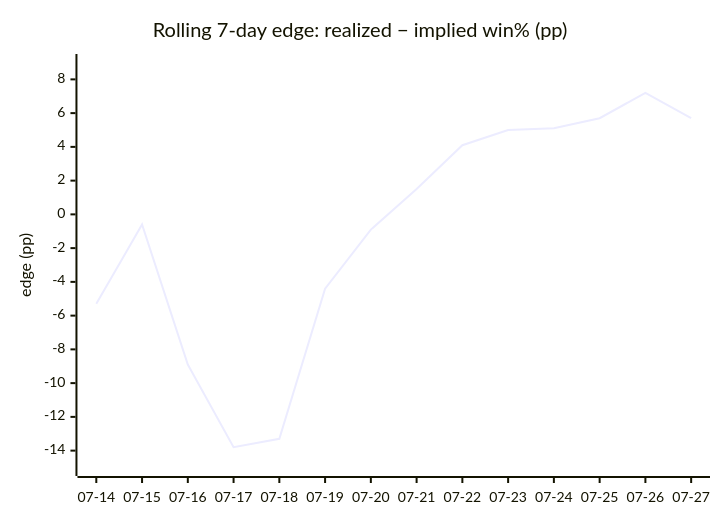
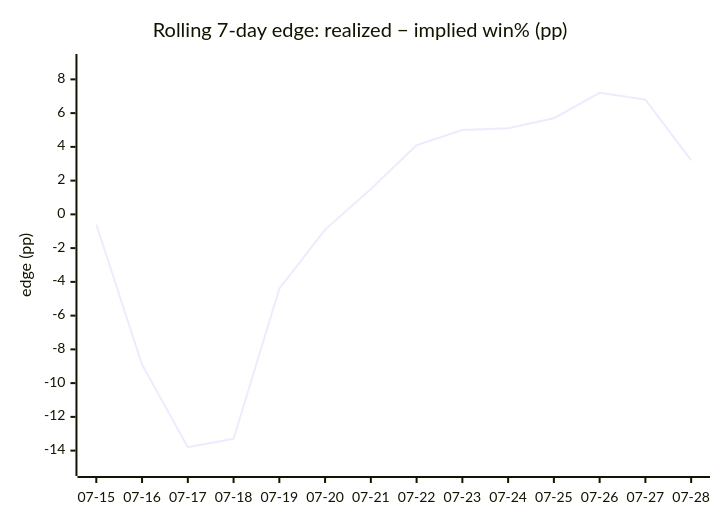
One commit to dpk1212/nhl-savant changed the fourth of 4 diagrams in DAILY_AGSU_REPORT.md. Above: the diagram before and after it, drawn with Mermaid. The commit also changed other lines of this file, not shown here.

````diff
--- a/DAILY_AGSU_REPORT.md
+++ b/DAILY_AGSU_REPORT.md
@@ -723,7 +726,7 @@
 ```mermaid
 xychart-beta
     title "Rolling 7-day edge: realized − implied win% (pp)"
-    x-axis ["07-14", "07-15", "07-16", "07-17", "07-18", "07-19", "07-20", "07-21", "07-22", "07-23", "07-24", "07-25", "07-26", "07-27"]
+    x-axis ["07-15", "07-16", "07-17", "07-18", "07-19", "07-20", "07-21", "07-22", "07-23", "07-24", "07-25", "07-26", "07-27", "07-28"]
     y-axis "edge (pp)" -15 --> 9
-    line [-5.3, -0.6, -8.9, -13.8, -13.3, -4.4, -0.9, 1.5, 4.1, 5, 5.1, 5.7, 7.2, 5.7]
+    line [-0.6, -8.9, -13.8, -13.3, -4.4, -0.9, 1.5, 4.1, 5, 5.1, 5.7, 7.2, 6.8, 3.2]
 ```
````
